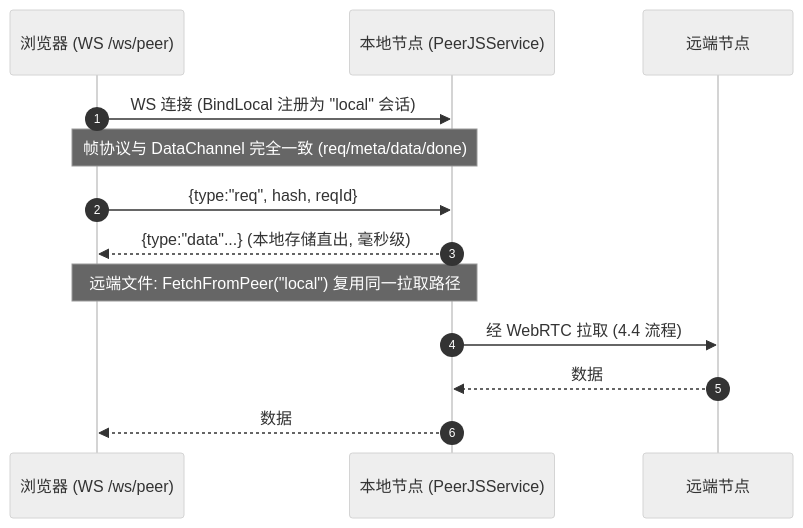
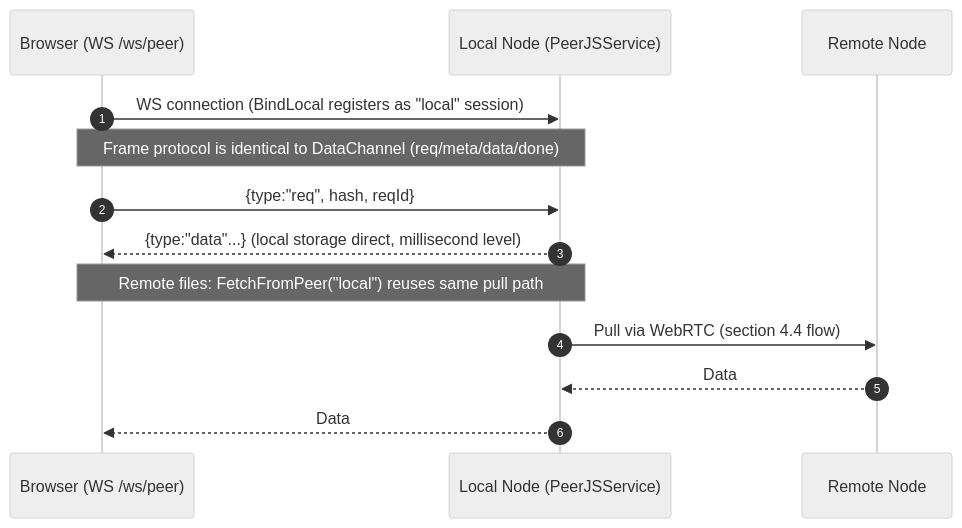
The fifth of 6 diagrams in doc/PEERSIGNAL.md (Hana-ame/peerdrive), drawn with Mermaid (neutral theme) before and after one commit. The commit also changed other lines of this file and 357 other files, not shown here.

````diff
--- a/doc/PEERSIGNAL.md
+++ b/doc/PEERSIGNAL.md
@@ -210,16 +210,16 @@
 ```mermaid
 sequenceDiagram
     autonumber
-    participant W as 浏览器 (WS /ws/peer)
-    participant S as 本地节点 (PeerJSService)
-    participant N as 远端节点
+    participant W as Browser (WS /ws/peer)
+    participant S as Local Node (PeerJSService)
+    participant N as Remote Node
 
-    W->>S: WS 连接 (BindLocal 注册为 "local" 会话)
-    Note over W,S: 帧协议与 DataChannel 完全一致 (req/meta/data/done)
+    W->>S: WS connection (BindLocal registers as "local" session)
+    Note over W,S: Frame protocol is identical to DataChannel (req/meta/data/done)
     W->>S: {type:"req", hash, reqId}
-    S-->>W: {type:"data"...} (本地存储直出, 毫秒级)
-    Note over W,S: 远端文件: FetchFromPeer("local") 复用同一拉取路径
-    S->>N: 经 WebRTC 拉取 (4.4 流程)
-    N-->>S: 数据
-    S-->>W: 数据
+    S-->>W: {type:"data"...} (local storage direct, millisecond level)
+    Note over W,S: Remote files: FetchFromPeer("local") reuses same pull path
+    S->>N: Pull via WebRTC (section 4.4 flow)
+    N-->>S: Data
+    S-->>W: Data
 ```
````
